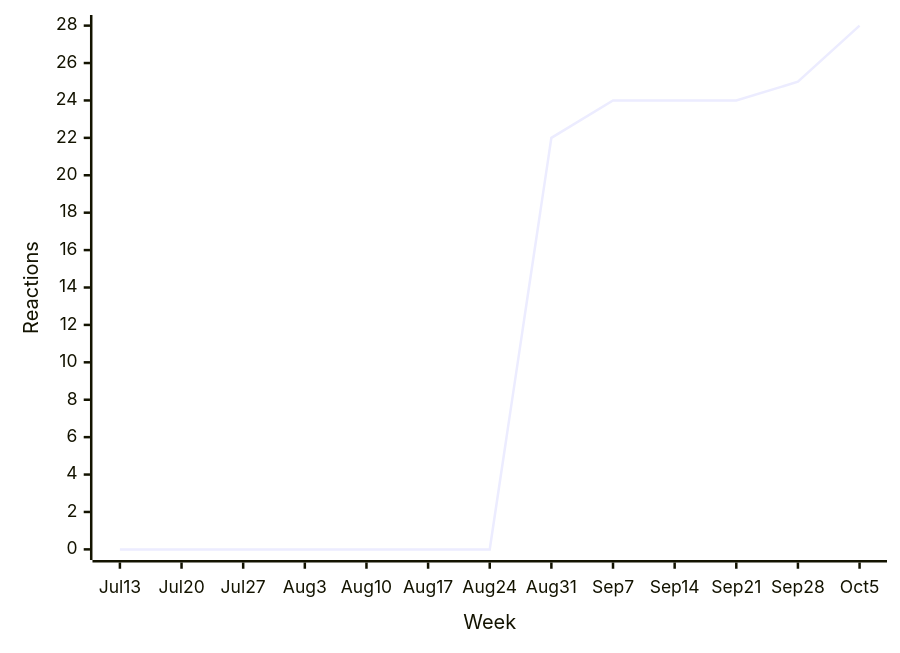
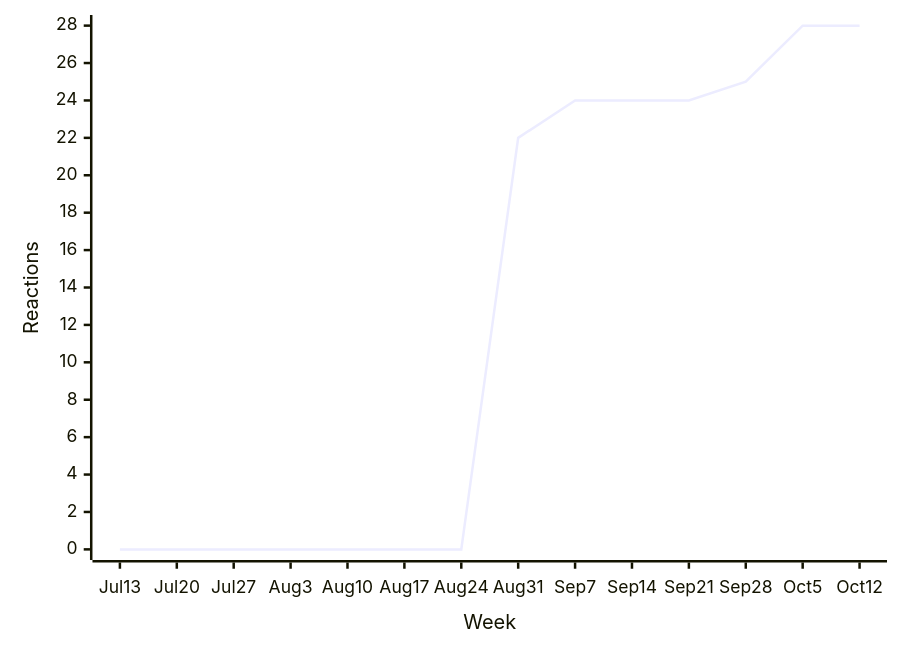
One commit to loic-sharma/github-insights changed the second of 35 diagrams in README.md. Above: the diagram before and after it, drawn with Mermaid. The commit also changed other lines of this file and 3 other files, not shown here.

````diff
--- a/README.md
+++ b/README.md
@@ -341,6 +341,6 @@
   ```mermaid
   xychart-beta
-    x-axis "Week" [Jul 13, Jul 20, Jul 27, Aug 3, Aug 10, Aug 17, Aug 24, Aug 31, Sep 7, Sep 14, Sep 21, Sep 28, Oct 5]
+    x-axis "Week" [Jul 13, Jul 20, Jul 27, Aug 3, Aug 10, Aug 17, Aug 24, Aug 31, Sep 7, Sep 14, Sep 21, Sep 28, Oct 5, Oct 12]
     y-axis "Reactions"
-    line [0, 0, 0, 0, 0, 0, 0, 22, 24, 24, 24, 25, 28]
+    line [0, 0, 0, 0, 0, 0, 0, 22, 24, 24, 24, 25, 28, 28]
   ```
````
